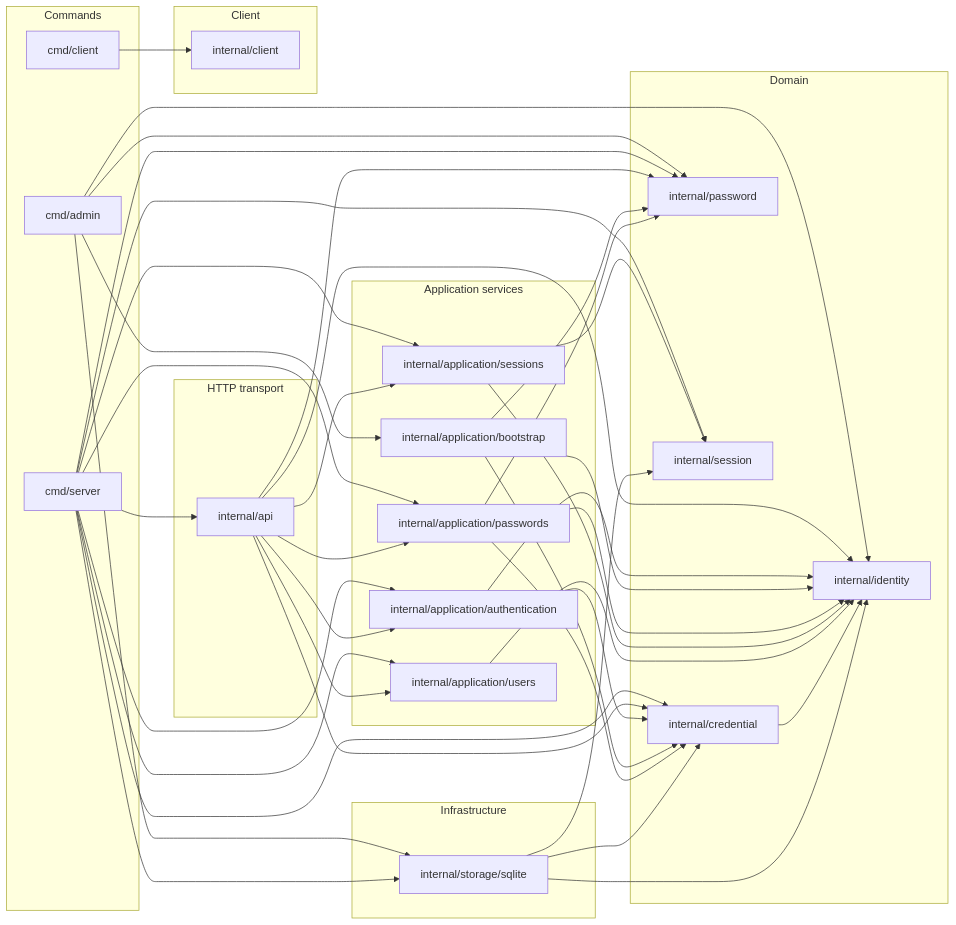
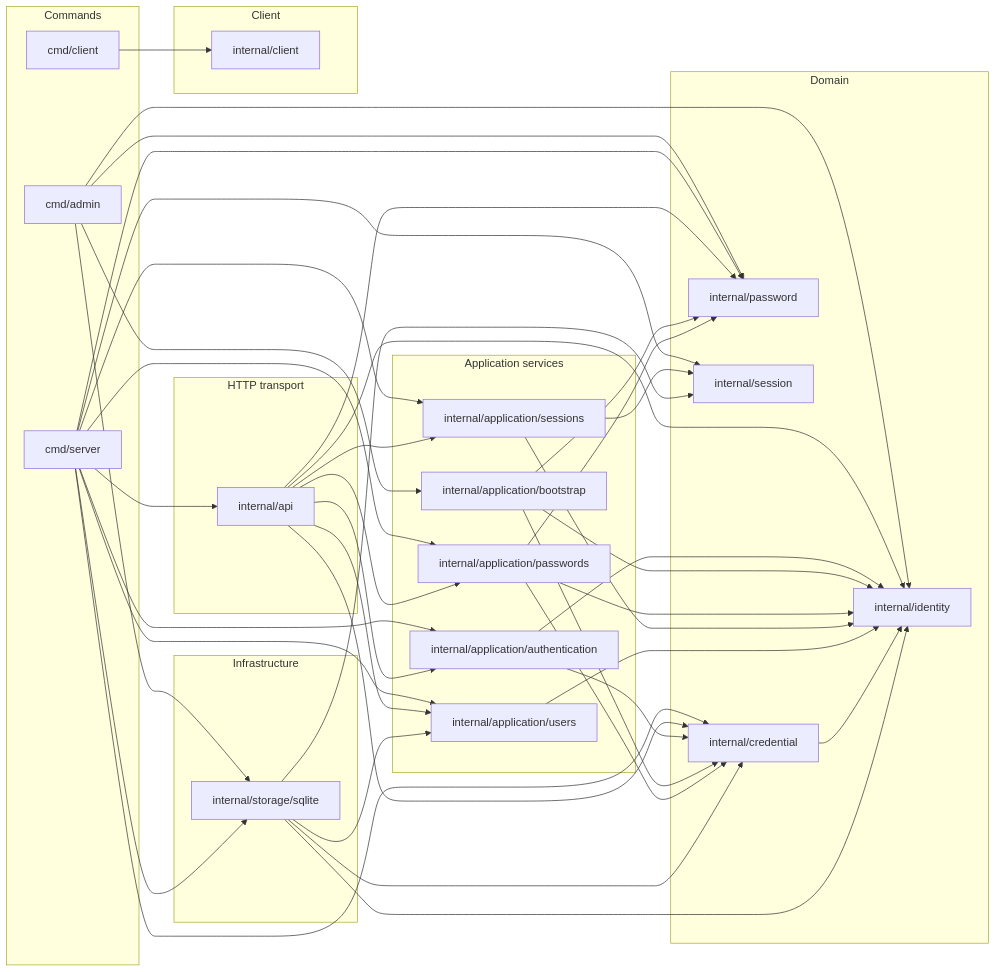
The diagram in docs/architecture.md (ebe542/go-mediaarchive), drawn with Mermaid before and after one commit. The commit also changed 12 other files, not shown here.

````diff
--- a/docs/architecture.md
+++ b/docs/architecture.md
@@ -21,66 +21,67 @@
 ```mermaid
 flowchart LR
   subgraph commands["Commands"]
     package0["cmd/admin"]
     package1["cmd/client"]
     package2["cmd/server"]
   end
   subgraph transport["HTTP transport"]
     package3["internal/api"]
   end
   subgraph application["Application services"]
     package4["internal/application/authentication"]
     package5["internal/application/bootstrap"]
     package6["internal/application/passwords"]
     package7["internal/application/sessions"]
     package8["internal/application/users"]
   end
   subgraph domain["Domain"]
     package10["internal/credential"]
     package11["internal/identity"]
     package12["internal/password"]
     package13["internal/session"]
   end
   subgraph infrastructure["Infrastructure"]
     package14["internal/storage/sqlite"]
   end
   subgraph client["Client"]
     package9["internal/client"]
   end
   package0 --> package5
   package0 --> package11
   package0 --> package12
   package0 --> package14
   package1 --> package9
   package2 --> package3
   package2 --> package4
   package2 --> package6
   package2 --> package7
   package2 --> package8
   package2 --> package10
   package2 --> package12
   package2 --> package13
   package2 --> package14
   package3 --> package4
   package3 --> package6
   package3 --> package7
   package3 --> package8
   package3 --> package10
   package3 --> package11
   package3 --> package12
   package4 --> package10
   package4 --> package11
   package5 --> package10
   package5 --> package11
   package5 --> package12
   package6 --> package10
   package6 --> package11
   package6 --> package12
   package7 --> package11
   package7 --> package13
   package8 --> package11
   package10 --> package11
+  package14 --> package8
   package14 --> package10
   package14 --> package11
   package14 --> package13
 ```
````
